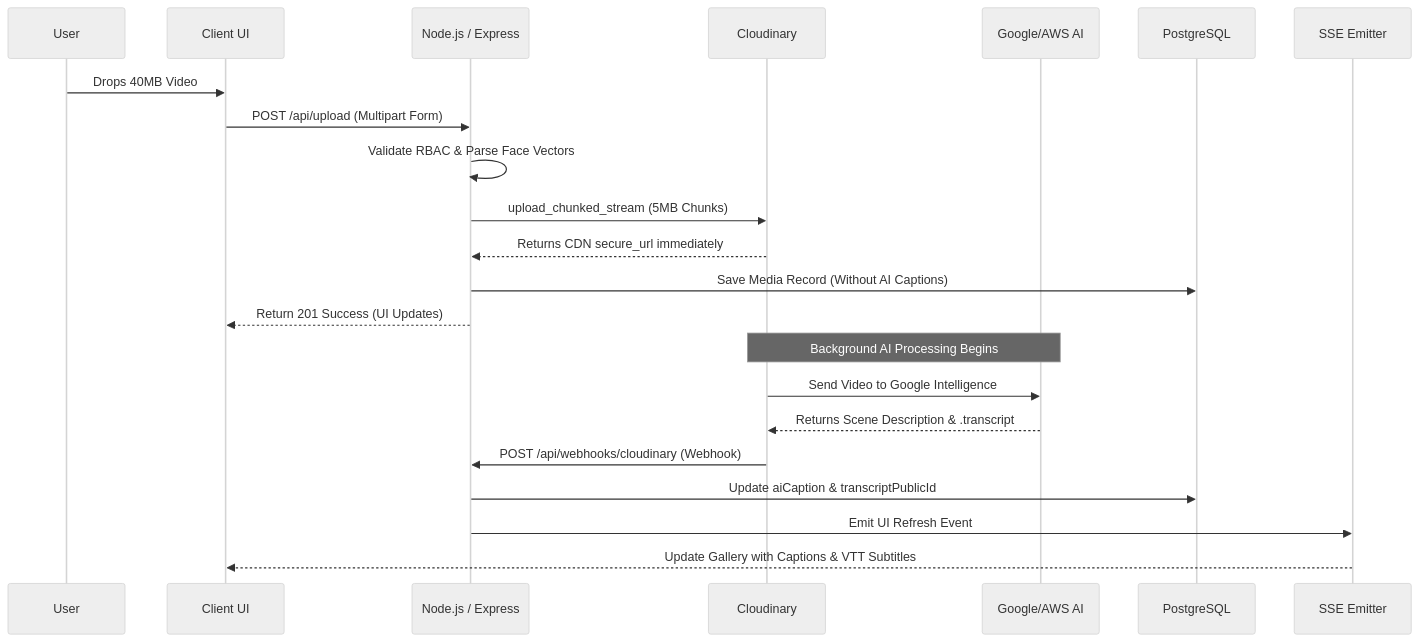
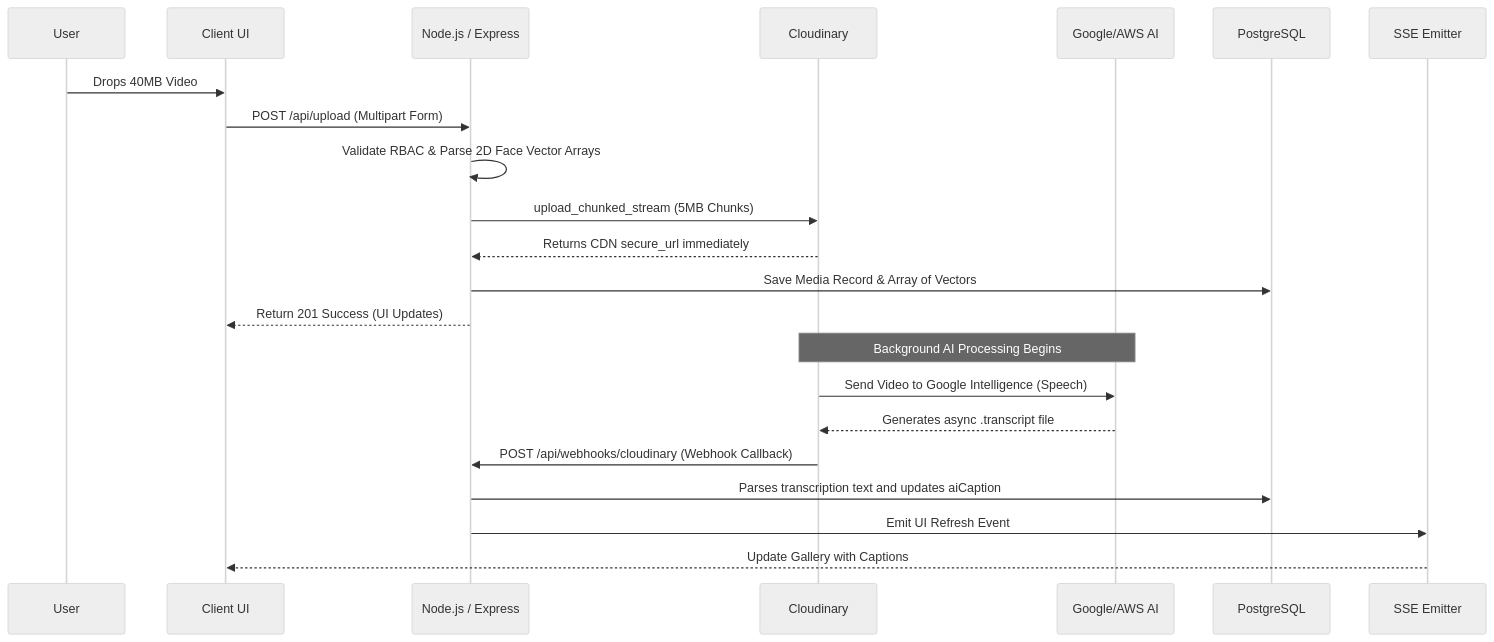
One commit to Shy-Rez/EventLens changed the second of 3 diagrams in ARCHITECTURE.md. Above: the diagram before and after it, drawn with Mermaid (neutral theme). The commit also changed other lines of this file and 3 other files, not shown here.

Commit message:
docs: update API, ARCHITECTURE, and SCHEMA to reflect current state

````diff
--- a/ARCHITECTURE.md
+++ b/ARCHITECTURE.md
@@ -62,27 +62,27 @@
 ```mermaid
 sequenceDiagram
   participant User
   participant Web as Client UI
   participant API as Node.js / Express
   participant Cloud as Cloudinary
   participant AI as Google/AWS AI
   participant DB as PostgreSQL
   participant SSE as SSE Emitter
 
   User->>Web: Drops 40MB Video
   Web->>API: POST /api/upload (Multipart Form)
-  API->>API: Validate RBAC & Parse Face Vectors
+  API->>API: Validate RBAC & Parse 2D Face Vector Arrays
   API->>Cloud: upload_chunked_stream (5MB Chunks)
   Cloud-->>API: Returns CDN secure_url immediately
-  API->>DB: Save Media Record (Without AI Captions)
+  API->>DB: Save Media Record & Array of Vectors
   API-->>Web: Return 201 Success (UI Updates)
   
   Note over Cloud,AI: Background AI Processing Begins
-  Cloud->>AI: Send Video to Google Intelligence
-  AI-->>Cloud: Returns Scene Description & .transcript
+  Cloud->>AI: Send Video to Google Intelligence (Speech)
+  AI-->>Cloud: Generates async .transcript file
   
-  Cloud->>API: POST /api/webhooks/cloudinary (Webhook)
-  API->>DB: Update aiCaption & transcriptPublicId
+  Cloud->>API: POST /api/webhooks/cloudinary (Webhook Callback)
+  API->>DB: Parses transcription text and updates aiCaption
   API->>SSE: Emit UI Refresh Event
-  SSE-->>Web: Update Gallery with Captions & VTT Subtitles
+  SSE-->>Web: Update Gallery with Captions
 ```
````
